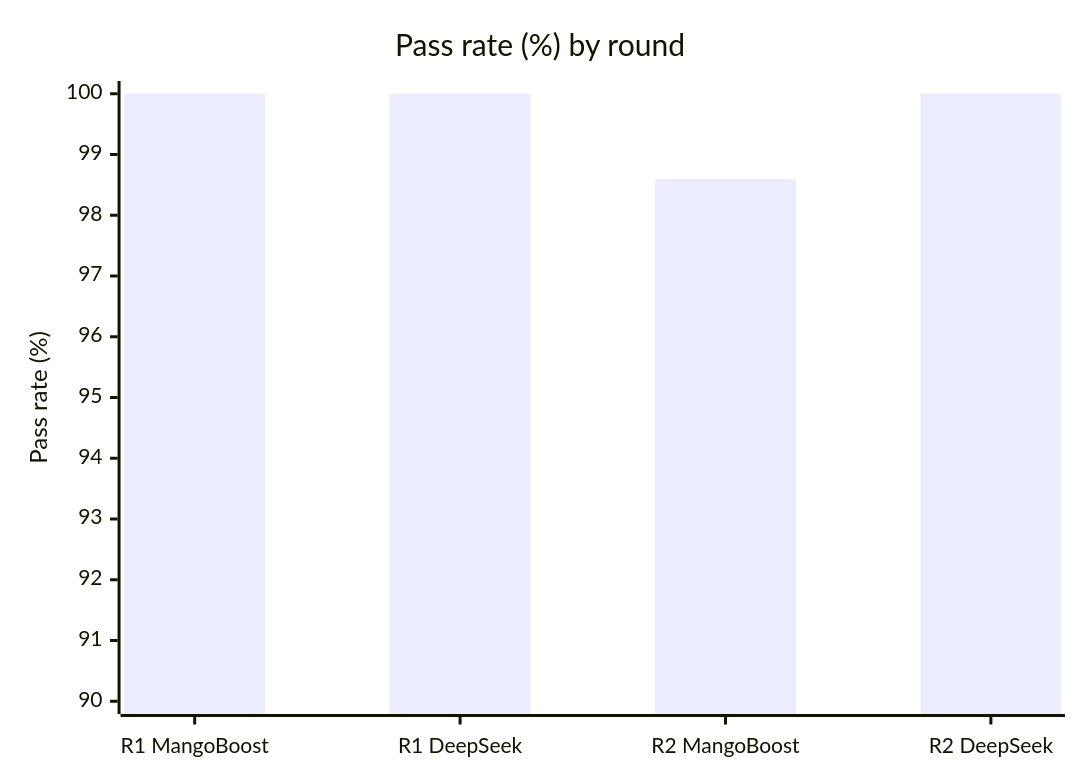
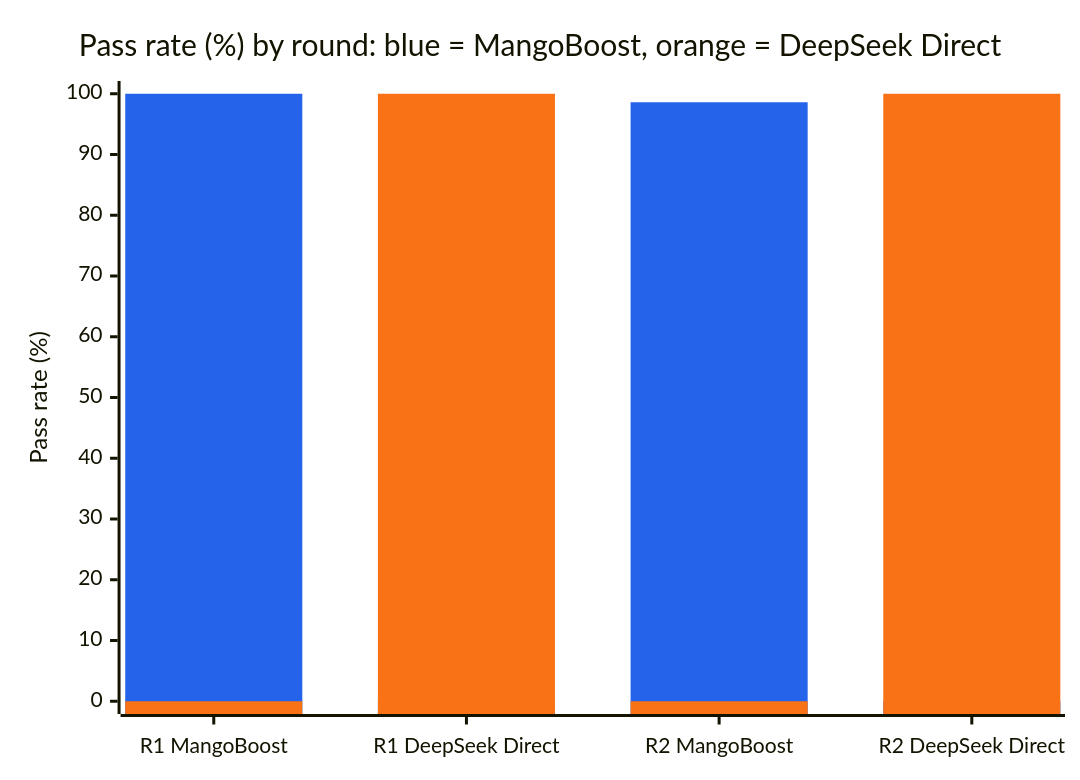
The first of 6 diagrams in mango-vs-deepseek.md (balxor/dev-null), drawn with Mermaid before and after one commit. The commit also changed other lines of this file, not shown here.

````diff
--- a/mango-vs-deepseek.md
+++ b/mango-vs-deepseek.md
@@ -60,7 +62,9 @@
 ```mermaid
+%%{init: {"themeVariables": {"xyChart": {"plotColorPalette": "#2563eb, #f97316"}}}}%%
 xychart-beta
-    title "Pass rate (%) by round"
-    x-axis ["R1 MangoBoost", "R1 DeepSeek", "R2 MangoBoost", "R2 DeepSeek"]
-    y-axis "Pass rate (%)" 90 --> 100
-    bar [100, 100, 98.6, 100]
+    title "Pass rate (%) by round: blue = MangoBoost, orange = DeepSeek Direct"
+    x-axis ["R1 MangoBoost", "R1 DeepSeek Direct", "R2 MangoBoost", "R2 DeepSeek Direct"]
+    y-axis "Pass rate (%)" 0 --> 100
+    bar [100, 0, 98.6, 0]
+    bar [0, 100, 0, 100]
 ```
````
